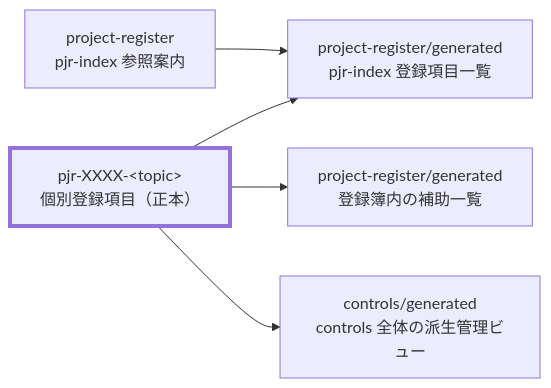
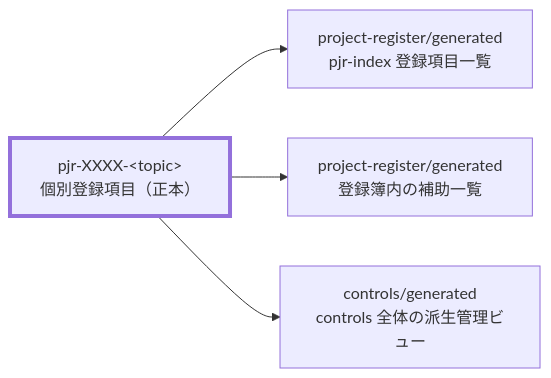
One commit to specdojo/specdojo changed the diagram in docs/ja/specdojo/guides/register-operation-guide.md. Above: the diagram before and after it, drawn with Mermaid. The commit also changed other lines of this file and 16 other files, not shown here.

Commit message:
fix: index generated project register

````diff
--- a/docs/ja/specdojo/guides/register-operation-guide.md
+++ b/docs/ja/specdojo/guides/register-operation-guide.md
@@ -42,16 +42,14 @@
 ```mermaid
 flowchart LR
   PJR_ITEM["pjr-XXXX-&lt;topic&gt;<br>個別登録項目（正本）"]
-  PJR_REF["project-register<br>pjr-index 参照案内"]
   PJR_IDX["project-register/generated<br>pjr-index 登録項目一覧"]
   PJR_GEN["project-register/generated<br>登録簿内の補助一覧"]
   PM_GEN["controls/generated<br>controls 全体の派生管理ビュー"]
 
   PJR_ITEM --> PJR_IDX
   PJR_ITEM --> PJR_GEN
   PJR_ITEM --> PM_GEN
-  PJR_REF --> PJR_IDX
 
   classDef target stroke-width:4px
   class PJR_ITEM target
 ```
````
